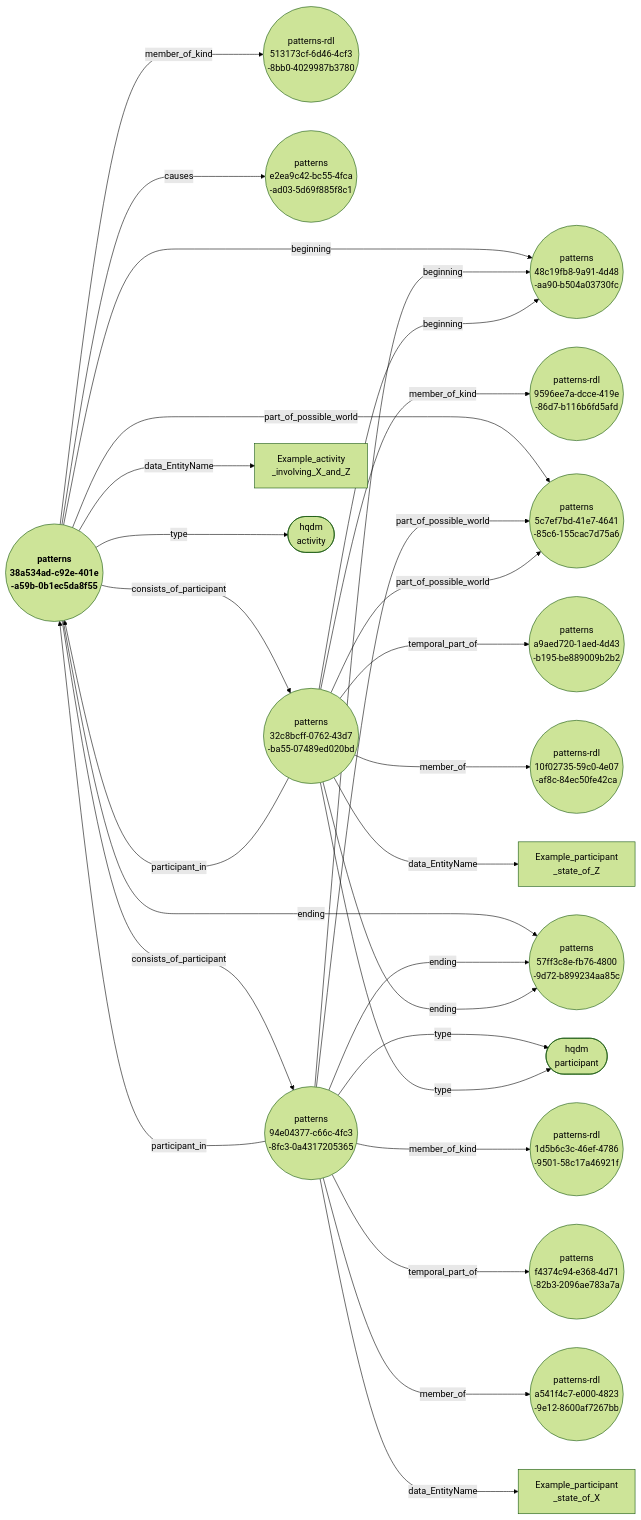
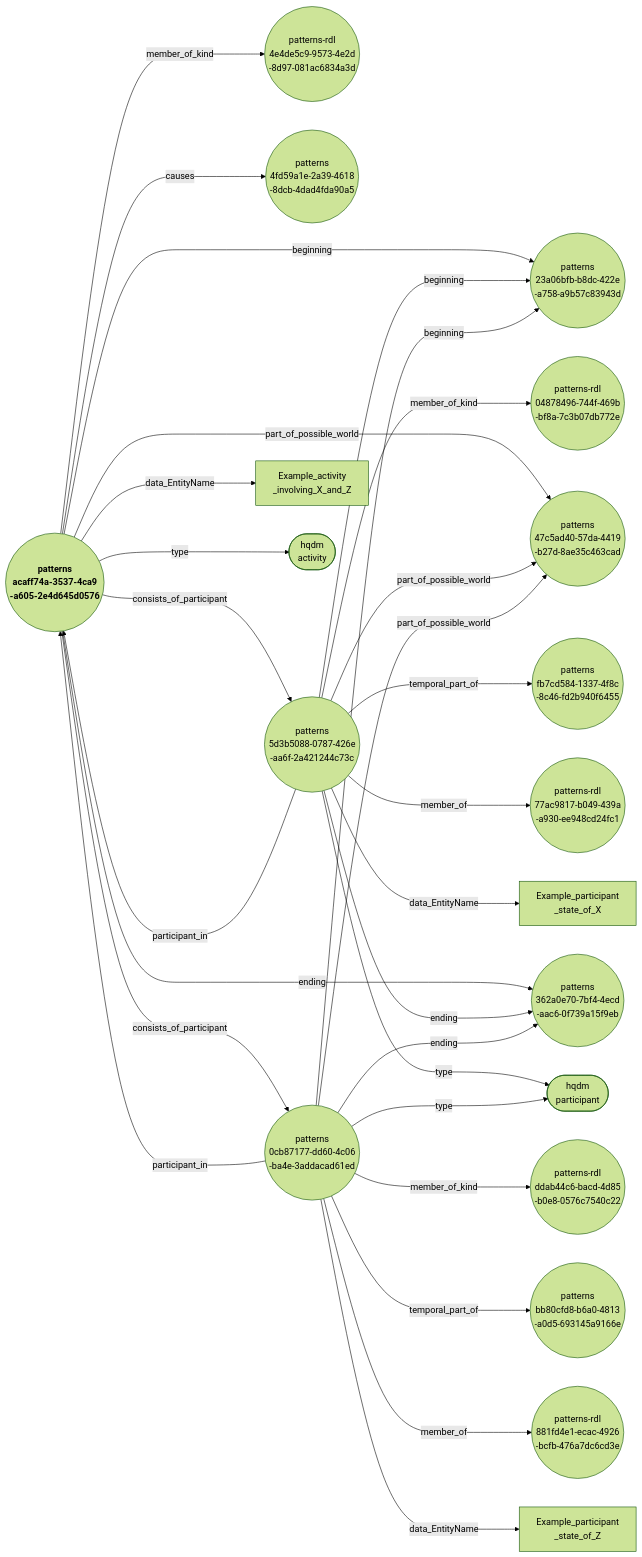
Before and after one commit to ClimbingAl/HqdmPatterns: the diagram in docs/extras/example-files/genericActivityAndParticipantsNodeEdgeGraph.mermaid, drawn with Mermaid (forest theme). The commit also changed 32 other files, not shown here.

````diff
--- a/docs/extras/example-files/genericActivityAndParticipantsNodeEdgeGraph.mermaid
+++ b/docs/extras/example-files/genericActivityAndParticipantsNodeEdgeGraph.mermaid
@@ -1,30 +1,30 @@
 ``` mermaid
 graph LR
-  38a534ad-c92e-401e-a59b-0b1ec5da8f55(("<b> patterns <br> 38a534ad-c92e-401e <br> -a59b-0b1ec5da8f55"))--->|"beginning"|48c19fb8-9a91-4d48-aa90-b504a03730fc(("patterns <br> 48c19fb8-9a91-4d48 <br> -aa90-b504a03730fc"));
-  38a534ad-c92e-401e-a59b-0b1ec5da8f55(("<b> patterns <br> 38a534ad-c92e-401e <br> -a59b-0b1ec5da8f55"))--->|"member_of_kind"|513173cf-6d46-4cf3-8bb0-4029987b3780(("patterns-rdl <br> 513173cf-6d46-4cf3 <br> -8bb0-4029987b3780"));
-  38a534ad-c92e-401e-a59b-0b1ec5da8f55(("<b> patterns <br> 38a534ad-c92e-401e <br> -a59b-0b1ec5da8f55"))--->|"causes"|e2ea9c42-bc55-4fca-ad03-5d69f885f8c1(("patterns <br> e2ea9c42-bc55-4fca <br> -ad03-5d69f885f8c1"));
-  38a534ad-c92e-401e-a59b-0b1ec5da8f55(("<b> patterns <br> 38a534ad-c92e-401e <br> -a59b-0b1ec5da8f55"))--->|"consists_of_participant"|32c8bcff-0762-43d7-ba55-07489ed020bd(("patterns <br> 32c8bcff-0762-43d7 <br> -ba55-07489ed020bd"));
-  38a534ad-c92e-401e-a59b-0b1ec5da8f55(("<b> patterns <br> 38a534ad-c92e-401e <br> -a59b-0b1ec5da8f55"))--->|"consists_of_participant"|94e04377-c66c-4fc3-8fc3-0a4317205365(("patterns <br> 94e04377-c66c-4fc3 <br> -8fc3-0a4317205365"));
-  38a534ad-c92e-401e-a59b-0b1ec5da8f55(("<b> patterns <br> 38a534ad-c92e-401e <br> -a59b-0b1ec5da8f55"))--->|"part_of_possible_world"|5c7ef7bd-41e7-4641-85c6-155cac7d75a6(("patterns <br> 5c7ef7bd-41e7-4641 <br> -85c6-155cac7d75a6"));
-  38a534ad-c92e-401e-a59b-0b1ec5da8f55(("<b> patterns <br> 38a534ad-c92e-401e <br> -a59b-0b1ec5da8f55"))--->|"data_EntityName"|Example_activity_involving_X_and_Z["Example_activity <br> _involving_X_and_Z"];
-  38a534ad-c92e-401e-a59b-0b1ec5da8f55(("<b> patterns <br> 38a534ad-c92e-401e <br> -a59b-0b1ec5da8f55"))--->|"ending"|57ff3c8e-fb76-4800-9d72-b899234aa85c(("patterns <br> 57ff3c8e-fb76-4800 <br> -9d72-b899234aa85c"));
-  38a534ad-c92e-401e-a59b-0b1ec5da8f55(("<b> patterns <br> 38a534ad-c92e-401e <br> -a59b-0b1ec5da8f55"))--->|"type"|activity(["hqdm <br> activity"]);
-  94e04377-c66c-4fc3-8fc3-0a4317205365(("patterns <br> 94e04377-c66c-4fc3 <br> -8fc3-0a4317205365"))--->|"beginning"|48c19fb8-9a91-4d48-aa90-b504a03730fc(("patterns <br> 48c19fb8-9a91-4d48 <br> -aa90-b504a03730fc"));
-  94e04377-c66c-4fc3-8fc3-0a4317205365(("patterns <br> 94e04377-c66c-4fc3 <br> -8fc3-0a4317205365"))--->|"member_of_kind"|1d5b6c3c-46ef-4786-9501-58c17a46921f(("patterns-rdl <br> 1d5b6c3c-46ef-4786 <br> -9501-58c17a46921f"));
-  94e04377-c66c-4fc3-8fc3-0a4317205365(("patterns <br> 94e04377-c66c-4fc3 <br> -8fc3-0a4317205365"))--->|"part_of_possible_world"|5c7ef7bd-41e7-4641-85c6-155cac7d75a6(("patterns <br> 5c7ef7bd-41e7-4641 <br> -85c6-155cac7d75a6"));
-  94e04377-c66c-4fc3-8fc3-0a4317205365(("patterns <br> 94e04377-c66c-4fc3 <br> -8fc3-0a4317205365"))--->|"participant_in"|38a534ad-c92e-401e-a59b-0b1ec5da8f55(("<b> patterns <br> 38a534ad-c92e-401e <br> -a59b-0b1ec5da8f55"));
-  94e04377-c66c-4fc3-8fc3-0a4317205365(("patterns <br> 94e04377-c66c-4fc3 <br> -8fc3-0a4317205365"))--->|"temporal_part_of"|f4374c94-e368-4d71-82b3-2096ae783a7a(("patterns <br> f4374c94-e368-4d71 <br> -82b3-2096ae783a7a"));
-  94e04377-c66c-4fc3-8fc3-0a4317205365(("patterns <br> 94e04377-c66c-4fc3 <br> -8fc3-0a4317205365"))--->|"member_of"|a541f4c7-e000-4823-9e12-8600af7267bb(("patterns-rdl <br> a541f4c7-e000-4823 <br> -9e12-8600af7267bb"));
-  94e04377-c66c-4fc3-8fc3-0a4317205365(("patterns <br> 94e04377-c66c-4fc3 <br> -8fc3-0a4317205365"))--->|"data_EntityName"|Example_participant_state_of_X["Example_participant <br> _state_of_X"];
-  94e04377-c66c-4fc3-8fc3-0a4317205365(("patterns <br> 94e04377-c66c-4fc3 <br> -8fc3-0a4317205365"))--->|"ending"|57ff3c8e-fb76-4800-9d72-b899234aa85c(("patterns <br> 57ff3c8e-fb76-4800 <br> -9d72-b899234aa85c"));
-  94e04377-c66c-4fc3-8fc3-0a4317205365(("patterns <br> 94e04377-c66c-4fc3 <br> -8fc3-0a4317205365"))--->|"type"|participant(["hqdm <br> participant"]);
-  32c8bcff-0762-43d7-ba55-07489ed020bd(("patterns <br> 32c8bcff-0762-43d7 <br> -ba55-07489ed020bd"))--->|"beginning"|48c19fb8-9a91-4d48-aa90-b504a03730fc(("patterns <br> 48c19fb8-9a91-4d48 <br> -aa90-b504a03730fc"));
-  32c8bcff-0762-43d7-ba55-07489ed020bd(("patterns <br> 32c8bcff-0762-43d7 <br> -ba55-07489ed020bd"))--->|"member_of_kind"|9596ee7a-dcce-419e-86d7-b116b6fd5afd(("patterns-rdl <br> 9596ee7a-dcce-419e <br> -86d7-b116b6fd5afd"));
-  32c8bcff-0762-43d7-ba55-07489ed020bd(("patterns <br> 32c8bcff-0762-43d7 <br> -ba55-07489ed020bd"))--->|"part_of_possible_world"|5c7ef7bd-41e7-4641-85c6-155cac7d75a6(("patterns <br> 5c7ef7bd-41e7-4641 <br> -85c6-155cac7d75a6"));
-  32c8bcff-0762-43d7-ba55-07489ed020bd(("patterns <br> 32c8bcff-0762-43d7 <br> -ba55-07489ed020bd"))--->|"participant_in"|38a534ad-c92e-401e-a59b-0b1ec5da8f55(("<b> patterns <br> 38a534ad-c92e-401e <br> -a59b-0b1ec5da8f55"));
-  32c8bcff-0762-43d7-ba55-07489ed020bd(("patterns <br> 32c8bcff-0762-43d7 <br> -ba55-07489ed020bd"))--->|"temporal_part_of"|a9aed720-1aed-4d43-b195-be889009b2b2(("patterns <br> a9aed720-1aed-4d43 <br> -b195-be889009b2b2"));
-  32c8bcff-0762-43d7-ba55-07489ed020bd(("patterns <br> 32c8bcff-0762-43d7 <br> -ba55-07489ed020bd"))--->|"member_of"|10f02735-59c0-4e07-af8c-84ec50fe42ca(("patterns-rdl <br> 10f02735-59c0-4e07 <br> -af8c-84ec50fe42ca"));
-  32c8bcff-0762-43d7-ba55-07489ed020bd(("patterns <br> 32c8bcff-0762-43d7 <br> -ba55-07489ed020bd"))--->|"data_EntityName"|Example_participant_state_of_Z["Example_participant <br> _state_of_Z"];
-  32c8bcff-0762-43d7-ba55-07489ed020bd(("patterns <br> 32c8bcff-0762-43d7 <br> -ba55-07489ed020bd"))--->|"ending"|57ff3c8e-fb76-4800-9d72-b899234aa85c(("patterns <br> 57ff3c8e-fb76-4800 <br> -9d72-b899234aa85c"));
-  32c8bcff-0762-43d7-ba55-07489ed020bd(("patterns <br> 32c8bcff-0762-43d7 <br> -ba55-07489ed020bd"))--->|"type"|participant(["hqdm <br> participant"]);
+  acaff74a-3537-4ca9-a605-2e4d645d0576(("<b> patterns <br> acaff74a-3537-4ca9 <br> -a605-2e4d645d0576"))--->|"beginning"|23a06bfb-b8dc-422e-a758-a9b57c83943d(("patterns <br> 23a06bfb-b8dc-422e <br> -a758-a9b57c83943d"));
+  acaff74a-3537-4ca9-a605-2e4d645d0576(("<b> patterns <br> acaff74a-3537-4ca9 <br> -a605-2e4d645d0576"))--->|"member_of_kind"|4e4de5c9-9573-4e2d-8d97-081ac6834a3d(("patterns-rdl <br> 4e4de5c9-9573-4e2d <br> -8d97-081ac6834a3d"));
+  acaff74a-3537-4ca9-a605-2e4d645d0576(("<b> patterns <br> acaff74a-3537-4ca9 <br> -a605-2e4d645d0576"))--->|"causes"|4fd59a1e-2a39-4618-8dcb-4dad4fda90a5(("patterns <br> 4fd59a1e-2a39-4618 <br> -8dcb-4dad4fda90a5"));
+  acaff74a-3537-4ca9-a605-2e4d645d0576(("<b> patterns <br> acaff74a-3537-4ca9 <br> -a605-2e4d645d0576"))--->|"consists_of_participant"|5d3b5088-0787-426e-aa6f-2a421244c73c(("patterns <br> 5d3b5088-0787-426e <br> -aa6f-2a421244c73c"));
+  acaff74a-3537-4ca9-a605-2e4d645d0576(("<b> patterns <br> acaff74a-3537-4ca9 <br> -a605-2e4d645d0576"))--->|"consists_of_participant"|0cb87177-dd60-4c06-ba4e-3addacad61ed(("patterns <br> 0cb87177-dd60-4c06 <br> -ba4e-3addacad61ed"));
+  acaff74a-3537-4ca9-a605-2e4d645d0576(("<b> patterns <br> acaff74a-3537-4ca9 <br> -a605-2e4d645d0576"))--->|"part_of_possible_world"|47c5ad40-57da-4419-b27d-8ae35c463cad(("patterns <br> 47c5ad40-57da-4419 <br> -b27d-8ae35c463cad"));
+  acaff74a-3537-4ca9-a605-2e4d645d0576(("<b> patterns <br> acaff74a-3537-4ca9 <br> -a605-2e4d645d0576"))--->|"data_EntityName"|Example_activity_involving_X_and_Z["Example_activity <br> _involving_X_and_Z"];
+  acaff74a-3537-4ca9-a605-2e4d645d0576(("<b> patterns <br> acaff74a-3537-4ca9 <br> -a605-2e4d645d0576"))--->|"ending"|362a0e70-7bf4-4ecd-aac6-0f739a15f9eb(("patterns <br> 362a0e70-7bf4-4ecd <br> -aac6-0f739a15f9eb"));
+  acaff74a-3537-4ca9-a605-2e4d645d0576(("<b> patterns <br> acaff74a-3537-4ca9 <br> -a605-2e4d645d0576"))--->|"type"|activity(["hqdm <br> activity"]);
+  5d3b5088-0787-426e-aa6f-2a421244c73c(("patterns <br> 5d3b5088-0787-426e <br> -aa6f-2a421244c73c"))--->|"beginning"|23a06bfb-b8dc-422e-a758-a9b57c83943d(("patterns <br> 23a06bfb-b8dc-422e <br> -a758-a9b57c83943d"));
+  5d3b5088-0787-426e-aa6f-2a421244c73c(("patterns <br> 5d3b5088-0787-426e <br> -aa6f-2a421244c73c"))--->|"member_of_kind"|04878496-744f-469b-bf8a-7c3b07db772e(("patterns-rdl <br> 04878496-744f-469b <br> -bf8a-7c3b07db772e"));
+  5d3b5088-0787-426e-aa6f-2a421244c73c(("patterns <br> 5d3b5088-0787-426e <br> -aa6f-2a421244c73c"))--->|"part_of_possible_world"|47c5ad40-57da-4419-b27d-8ae35c463cad(("patterns <br> 47c5ad40-57da-4419 <br> -b27d-8ae35c463cad"));
+  5d3b5088-0787-426e-aa6f-2a421244c73c(("patterns <br> 5d3b5088-0787-426e <br> -aa6f-2a421244c73c"))--->|"participant_in"|acaff74a-3537-4ca9-a605-2e4d645d0576(("<b> patterns <br> acaff74a-3537-4ca9 <br> -a605-2e4d645d0576"));
+  5d3b5088-0787-426e-aa6f-2a421244c73c(("patterns <br> 5d3b5088-0787-426e <br> -aa6f-2a421244c73c"))--->|"temporal_part_of"|fb7cd584-1337-4f8c-8c46-fd2b940f6455(("patterns <br> fb7cd584-1337-4f8c <br> -8c46-fd2b940f6455"));
+  5d3b5088-0787-426e-aa6f-2a421244c73c(("patterns <br> 5d3b5088-0787-426e <br> -aa6f-2a421244c73c"))--->|"member_of"|77ac9817-b049-439a-a930-ee948cd24fc1(("patterns-rdl <br> 77ac9817-b049-439a <br> -a930-ee948cd24fc1"));
+  5d3b5088-0787-426e-aa6f-2a421244c73c(("patterns <br> 5d3b5088-0787-426e <br> -aa6f-2a421244c73c"))--->|"data_EntityName"|Example_participant_state_of_X["Example_participant <br> _state_of_X"];
+  5d3b5088-0787-426e-aa6f-2a421244c73c(("patterns <br> 5d3b5088-0787-426e <br> -aa6f-2a421244c73c"))--->|"ending"|362a0e70-7bf4-4ecd-aac6-0f739a15f9eb(("patterns <br> 362a0e70-7bf4-4ecd <br> -aac6-0f739a15f9eb"));
+  5d3b5088-0787-426e-aa6f-2a421244c73c(("patterns <br> 5d3b5088-0787-426e <br> -aa6f-2a421244c73c"))--->|"type"|participant(["hqdm <br> participant"]);
+  0cb87177-dd60-4c06-ba4e-3addacad61ed(("patterns <br> 0cb87177-dd60-4c06 <br> -ba4e-3addacad61ed"))--->|"beginning"|23a06bfb-b8dc-422e-a758-a9b57c83943d(("patterns <br> 23a06bfb-b8dc-422e <br> -a758-a9b57c83943d"));
+  0cb87177-dd60-4c06-ba4e-3addacad61ed(("patterns <br> 0cb87177-dd60-4c06 <br> -ba4e-3addacad61ed"))--->|"member_of_kind"|ddab44c6-bacd-4d85-b0e8-0576c7540c22(("patterns-rdl <br> ddab44c6-bacd-4d85 <br> -b0e8-0576c7540c22"));
+  0cb87177-dd60-4c06-ba4e-3addacad61ed(("patterns <br> 0cb87177-dd60-4c06 <br> -ba4e-3addacad61ed"))--->|"part_of_possible_world"|47c5ad40-57da-4419-b27d-8ae35c463cad(("patterns <br> 47c5ad40-57da-4419 <br> -b27d-8ae35c463cad"));
+  0cb87177-dd60-4c06-ba4e-3addacad61ed(("patterns <br> 0cb87177-dd60-4c06 <br> -ba4e-3addacad61ed"))--->|"participant_in"|acaff74a-3537-4ca9-a605-2e4d645d0576(("<b> patterns <br> acaff74a-3537-4ca9 <br> -a605-2e4d645d0576"));
+  0cb87177-dd60-4c06-ba4e-3addacad61ed(("patterns <br> 0cb87177-dd60-4c06 <br> -ba4e-3addacad61ed"))--->|"temporal_part_of"|bb80cfd8-b6a0-4813-a0d5-693145a9166e(("patterns <br> bb80cfd8-b6a0-4813 <br> -a0d5-693145a9166e"));
+  0cb87177-dd60-4c06-ba4e-3addacad61ed(("patterns <br> 0cb87177-dd60-4c06 <br> -ba4e-3addacad61ed"))--->|"member_of"|881fd4e1-ecac-4926-bcfb-476a7dc6cd3e(("patterns-rdl <br> 881fd4e1-ecac-4926 <br> -bcfb-476a7dc6cd3e"));
+  0cb87177-dd60-4c06-ba4e-3addacad61ed(("patterns <br> 0cb87177-dd60-4c06 <br> -ba4e-3addacad61ed"))--->|"data_EntityName"|Example_participant_state_of_Z["Example_participant <br> _state_of_Z"];
+  0cb87177-dd60-4c06-ba4e-3addacad61ed(("patterns <br> 0cb87177-dd60-4c06 <br> -ba4e-3addacad61ed"))--->|"ending"|362a0e70-7bf4-4ecd-aac6-0f739a15f9eb(("patterns <br> 362a0e70-7bf4-4ecd <br> -aac6-0f739a15f9eb"));
+  0cb87177-dd60-4c06-ba4e-3addacad61ed(("patterns <br> 0cb87177-dd60-4c06 <br> -ba4e-3addacad61ed"))--->|"type"|participant(["hqdm <br> participant"]);
 ```
````
